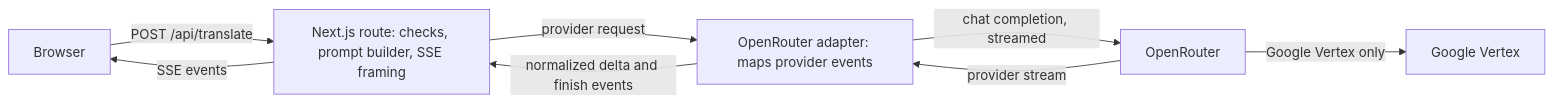
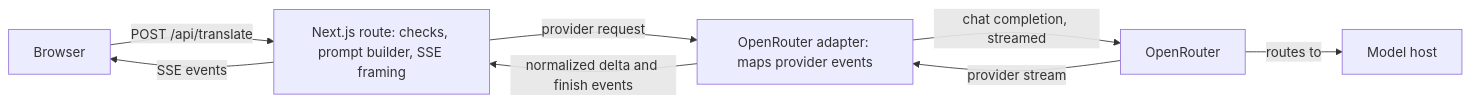
One commit to edumarcano/mimus changed the first of 2 diagrams in docs/case-study.md. Above: the diagram before and after it, drawn with Mermaid. The commit also changed other lines of this file and 15 other files, not shown here.

````diff
--- a/docs/case-study.md
+++ b/docs/case-study.md
@@ -25,10 +25,10 @@
 ```mermaid
 flowchart LR
   Browser -->|"POST /api/translate"| Route["Next.js route: checks, prompt builder, SSE framing"]
   Route -->|"provider request"| Adapter["OpenRouter adapter: maps provider events"]
   Adapter -->|"chat completion, streamed"| OpenRouter["OpenRouter"]
-  OpenRouter -->|"Google Vertex only"| Host["Google Vertex"]
+  OpenRouter -->|"routes to"| Host["Model host"]
   OpenRouter -->|"provider stream"| Adapter
   Adapter -->|"normalized delta and finish events"| Route
   Route -->|"SSE events"| Browser
 ```
````
